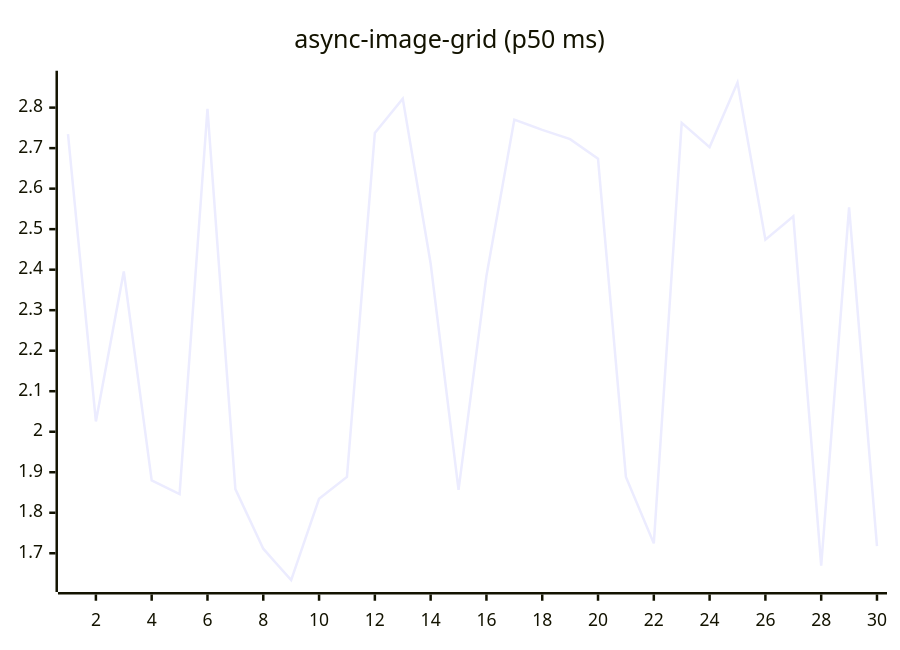
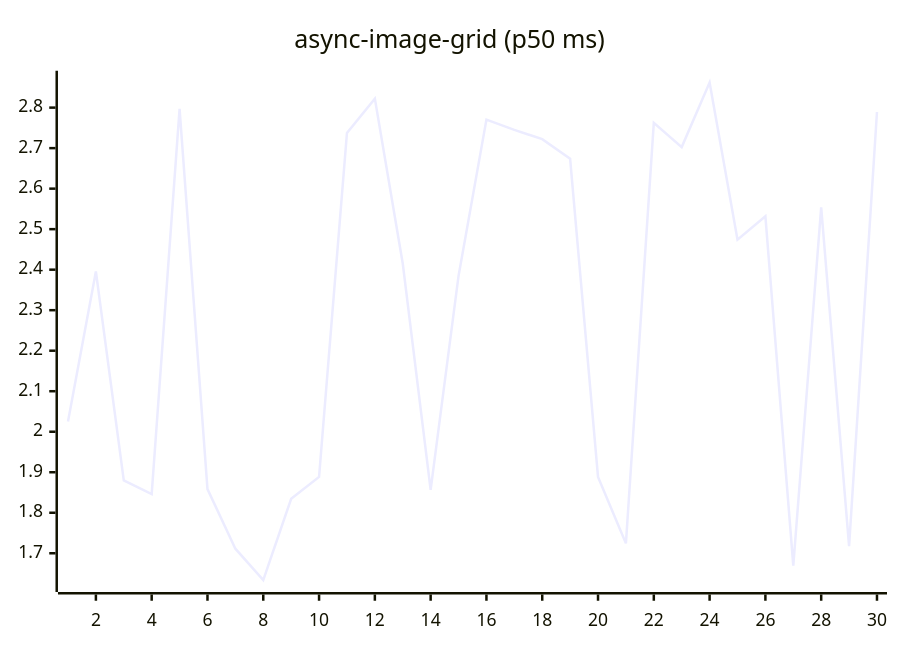
The fifth of 27 diagrams in README.md (josha/Facet), drawn with Mermaid before and after one commit. The commit also changed other lines of this file and 2 other files, not shown here.

````diff
--- a/README.md
+++ b/README.md
@@ -91,6 +91,6 @@
 ```mermaid
 xychart-beta
     title "async-image-grid (p50 ms)"
     x-axis 1 --> 30
-    line [2.7346, 2.0254, 2.3955, 1.8801, 1.8461, 2.7970, 1.8583, 1.7113, 1.6337, 1.8346, 1.8885, 2.7375, 2.8223, 2.4153, 1.8565, 2.3845, 2.7705, 2.7451, 2.7222, 2.6737, 1.8884, 1.7244, 2.7624, 2.7026, 2.8617, 2.4742, 2.5316, 1.6696, 2.5539, 1.7175]
+    line [2.0254, 2.3955, 1.8801, 1.8461, 2.7970, 1.8583, 1.7113, 1.6337, 1.8346, 1.8885, 2.7375, 2.8223, 2.4153, 1.8565, 2.3845, 2.7705, 2.7451, 2.7222, 2.6737, 1.8884, 1.7244, 2.7624, 2.7026, 2.8617, 2.4742, 2.5316, 1.6696, 2.5539, 1.7175, 2.7892]
 ```
````
